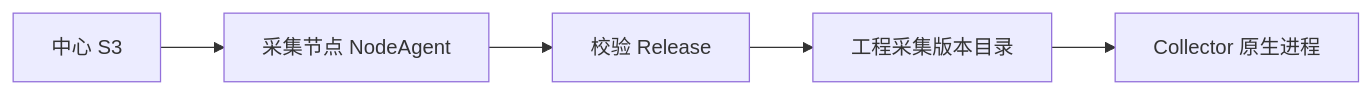
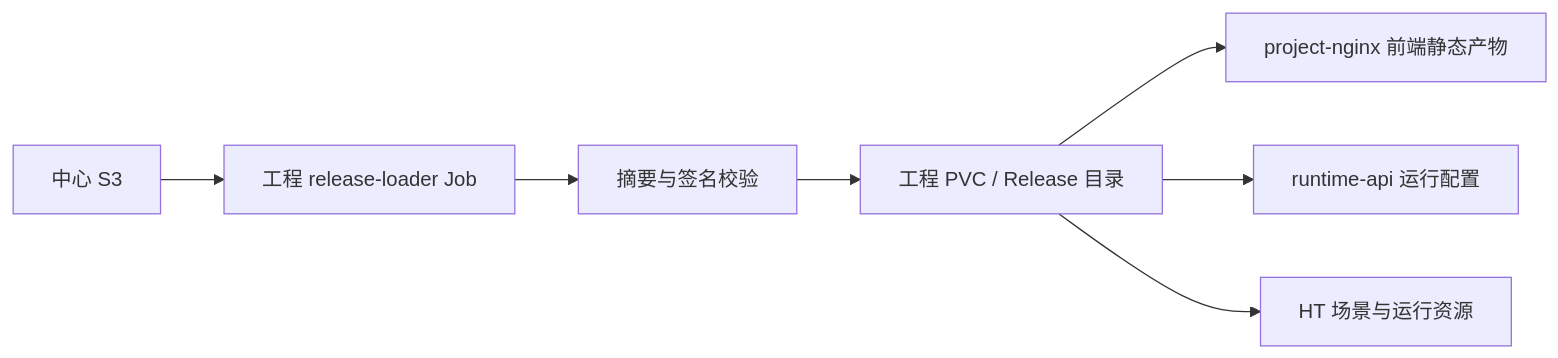
Before and after one commit to hsworld-top/InduForge: the second of 3 diagrams in docs/02-系统设计/工程发布与资源分发架构.md, drawn with Mermaid. The commit also changed other lines of this file and 110 other files, not shown here.

````diff
--- a/docs/02-系统设计/工程发布与资源分发架构.md
+++ b/docs/02-系统设计/工程发布与资源分发架构.md
@@ -37,7 +55,9 @@
 ```mermaid
 graph LR
-    S3["中心 S3"] --> Agent["采集节点 NodeAgent"]
-    Agent --> Verify["校验 Release"]
-    Verify --> Dir["工程采集版本目录"]
-    Dir --> Collector["Collector 原生进程"]
+    S3["中心 S3"] --> Loader["工程 release-loader Job"]
+    Loader --> Verify["摘要与签名校验"]
+    Verify --> PVC["工程 PVC / Release 目录"]
+    PVC --> Nginx["project-nginx 前端静态产物"]
+    PVC --> API["runtime-api 运行配置"]
+    PVC --> Runtime["HT 场景与运行资源"]
 ```
````
